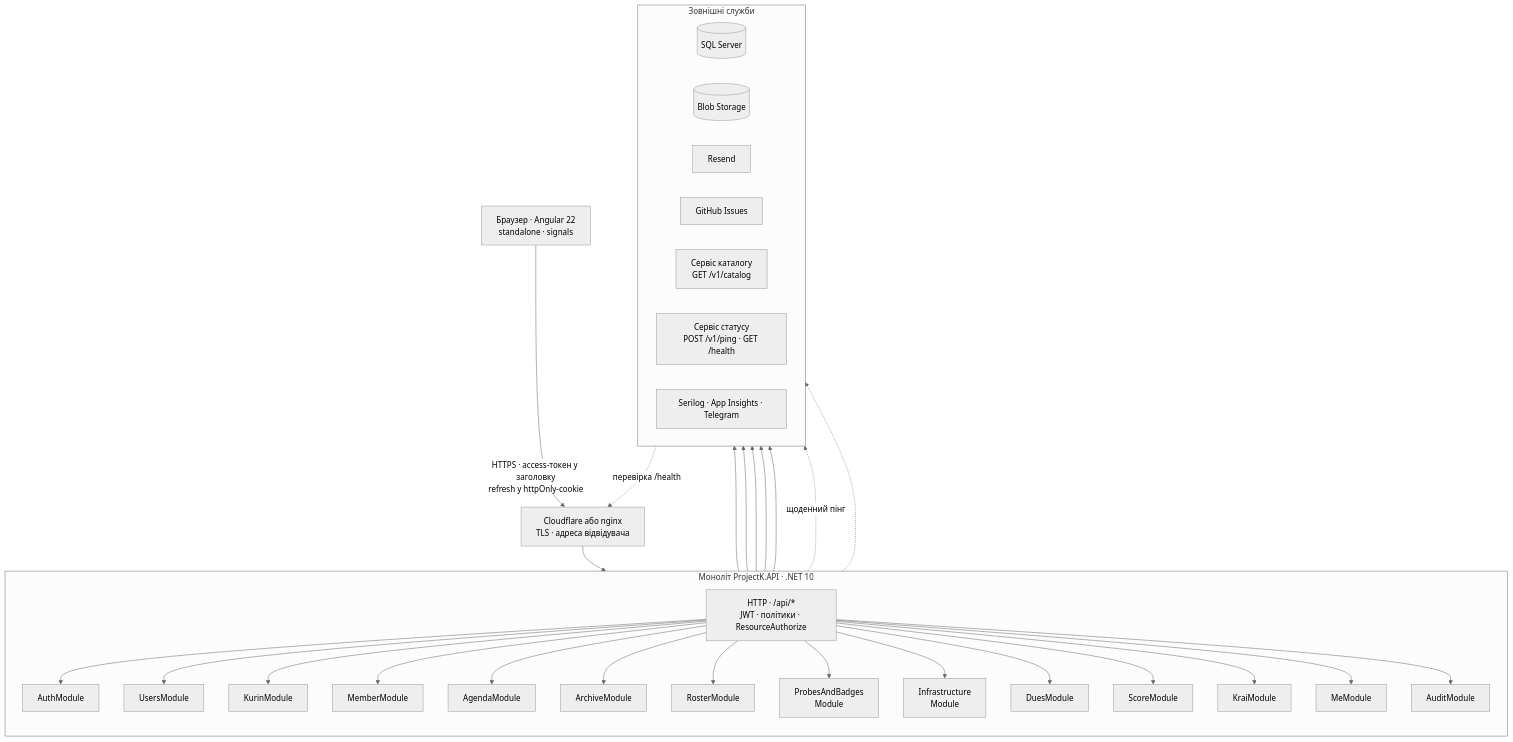
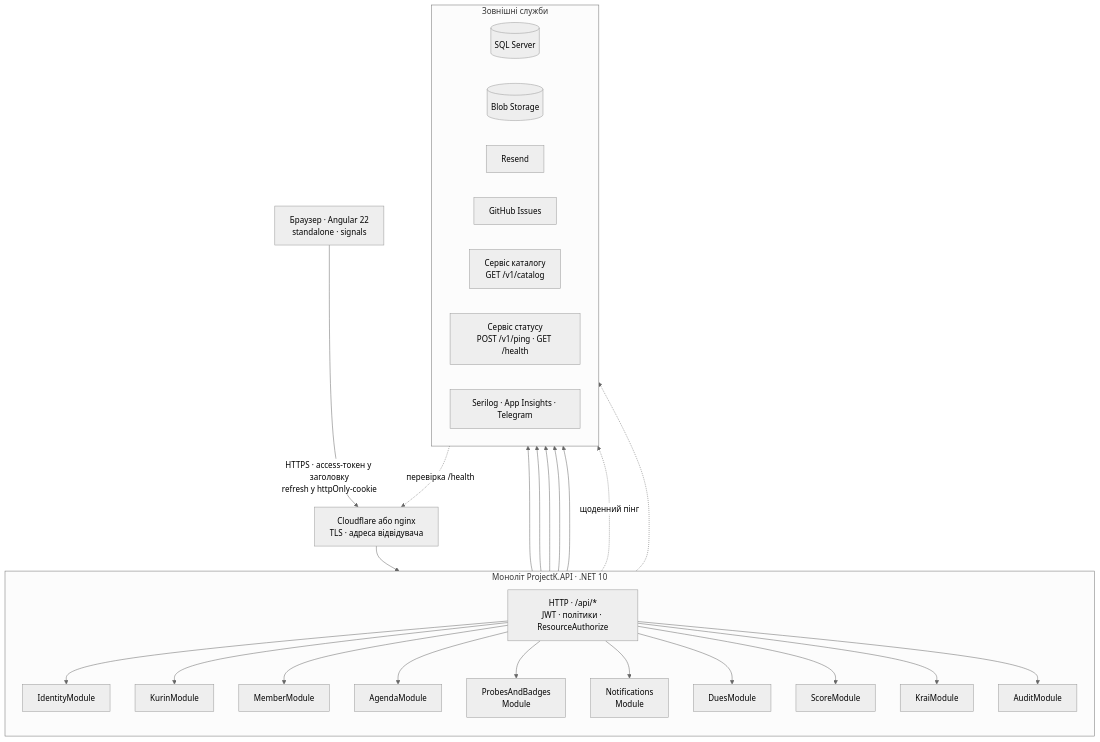
One commit to lileyka-app/Project-K changed the first of 4 diagrams in docs/dev/core/architecture-diagrams.md. Above: the diagram before and after it, drawn with Mermaid (neutral theme). The commit also changed other lines of this file and 4 other files, not shown here.

````diff
--- a/docs/dev/core/architecture-diagrams.md
+++ b/docs/dev/core/architecture-diagrams.md
@@ -19,46 +19,41 @@
 ```mermaid
 flowchart TB
     SPA["Браузер · Angular 22<br/>standalone · signals"]
     PROXY["Cloudflare або nginx<br/>TLS · адреса відвідувача"]
 
     subgraph api["Моноліт ProjectK.API · .NET 10"]
         direction TB
         HTTP["HTTP · /api/*<br/>JWT · політики · ResourceAuthorize"]
-        AUTH["AuthModule"]
-        USERS["UsersModule"]
+        IDENTITY["IdentityModule"]
         KURIN["KurinModule"]
         MEMBER["MemberModule"]
         AGENDA["AgendaModule"]
-        ARCHIVE["ArchiveModule"]
-        ROSTER["RosterModule"]
         PB["ProbesAndBadges<br/>Module"]
-        INFRA["Infrastructure<br/>Module"]
+        NOTIF["Notifications<br/>Module"]
         DUES["DuesModule"]
         SCORE["ScoreModule"]
         KRAI["KraiModule"]
-        ME["MeModule"]
         AUDIT["AuditModule"]
-        HTTP --> AUTH & USERS & KURIN & MEMBER & AGENDA
-        HTTP --> ARCHIVE & ROSTER & PB & INFRA
-        HTTP --> DUES & SCORE & KRAI & ME & AUDIT
+        HTTP --> IDENTITY & KURIN & MEMBER & AGENDA & PB
+        HTTP --> NOTIF & DUES & SCORE & KRAI & AUDIT
     end
 
     subgraph ext["Зовнішні служби"]
         direction LR
         DB[("SQL Server")]
         BLOB[("Blob Storage")]
         MAIL["Resend"]
         GH["GitHub Issues"]
         CAT["Сервіс каталогу<br/>GET /v1/catalog"]
         STATUS["Сервіс статусу<br/>POST /v1/ping · GET /health"]
         LOGS["Serilog · App Insights · Telegram"]
     end
 
     SPA -- "HTTPS · access-токен у заголовку<br/>refresh у httpOnly-cookie" --> PROXY
     PROXY --> HTTP
     KURIN ~~~ DB
     api --> DB & BLOB & MAIL & GH & CAT
     api -. "щоденний пінг" .-> STATUS
     STATUS -. "перевірка /health" .-> PROXY
     api -.-> LOGS
 ```
````
